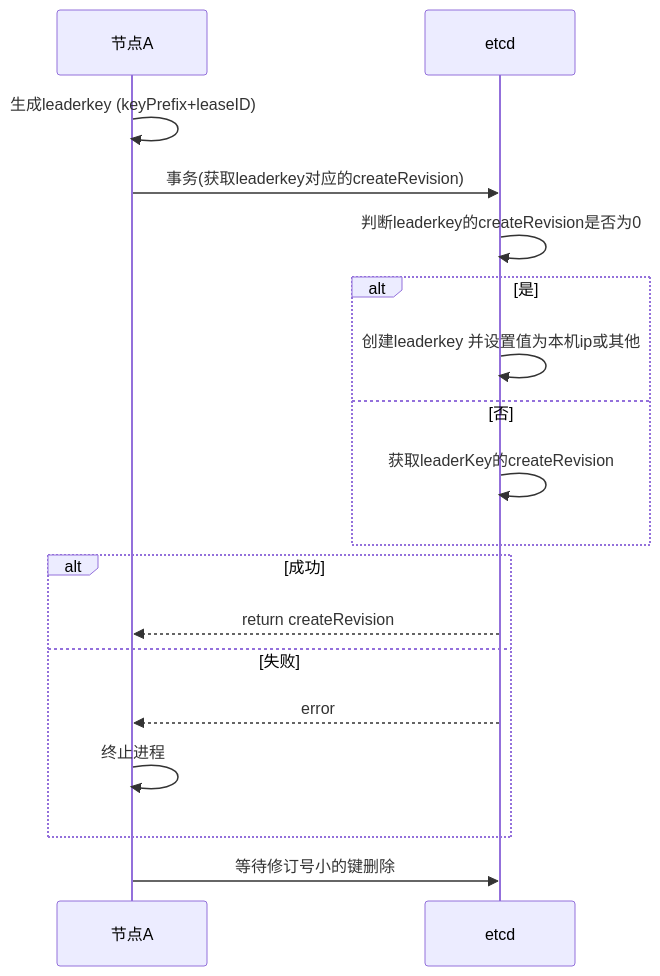
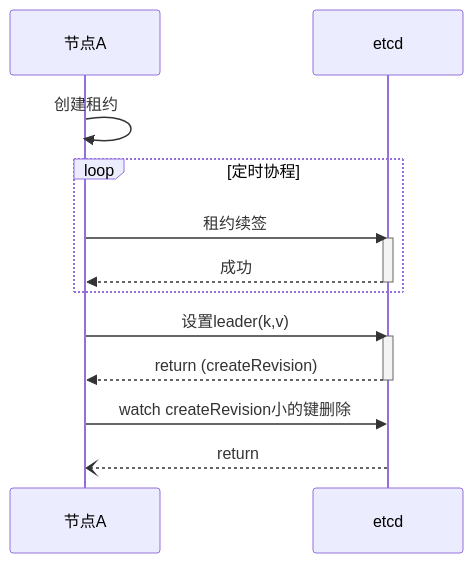
One commit to suohailong/distributed-learning-lab changed the diagram in election/etcdleader/etcd_select.md. Above: the diagram before and after it, drawn with Mermaid. The commit also changed other lines of this file and 4 other files, not shown here.

````diff
--- a/election/etcdleader/etcd_select.md
+++ b/election/etcdleader/etcd_select.md
@@ -4,20 +4,16 @@
 ```mermaid
     sequenceDiagram
-    节点A ->> 节点A: 生成leaderkey (keyPrefix+leaseID) 
-    节点A ->> etcd: 事务(获取leaderkey对应的createRevision) 
-    etcd ->> etcd: 判断leaderkey的createRevision是否为0
-    alt 是
-    etcd ->> etcd: 创建leaderkey 并设置值为本机ip或其他
-    else 否
-    etcd ->> etcd: 获取leaderKey的createRevision
+    节点A ->> 节点A: 创建租约
+    loop 定时协程
+    节点A ->> etcd: 租约续签
+    activate etcd 
+    etcd -->>节点A: 成功 
+    deactivate etcd
     end
-    alt 成功
-    etcd -->> 节点A: return createRevision
-    else 失败
-    etcd -->> 节点A: error
-    节点A ->> 节点A: 终止进程
-    end
-    
-
-    节点A ->> etcd: 等待修订号小的键删除 
+    节点A ->> etcd: 设置leader(k,v) 
+    activate etcd 
+    etcd -->> 节点A: return (createRevision)
+    deactivate etcd
+    节点A ->> etcd: watch createRevision小的键删除 
+    etcd --) 节点A: return
 ```
````
